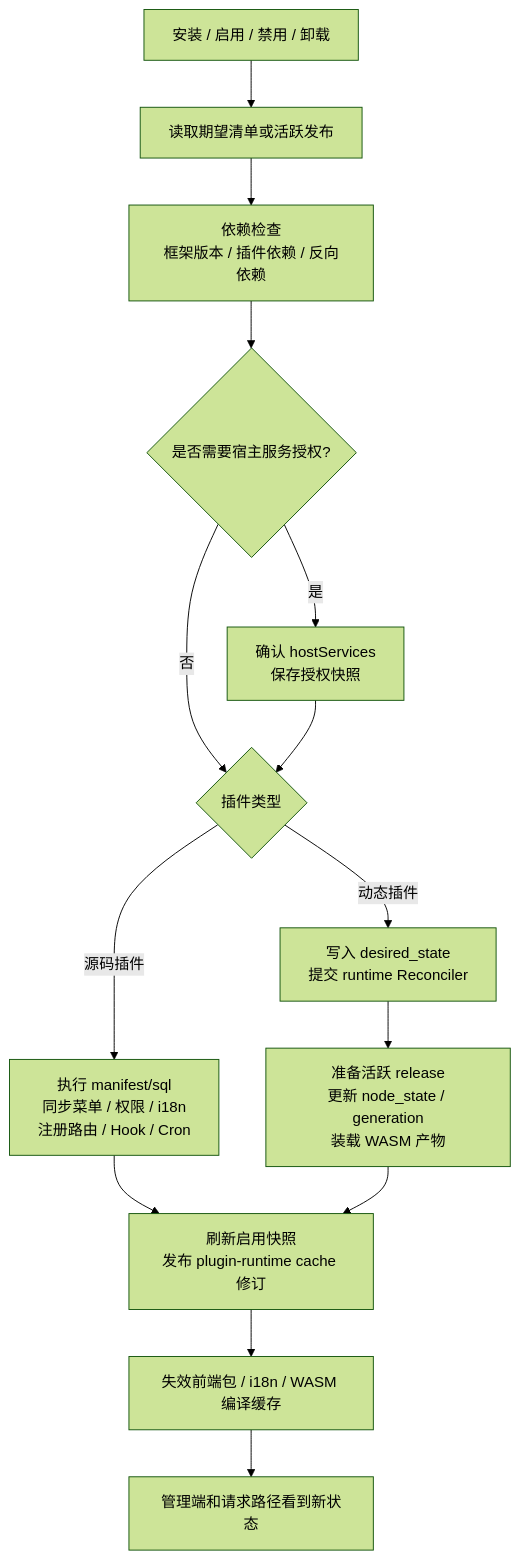
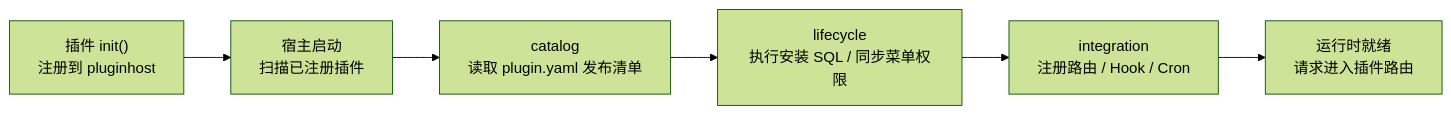
Before and after one commit to linaproai/linapro-site: the second of 5 diagrams in apps/lina-site/docs/docs/2000-architecture/4000-plugin-system.md, drawn with Mermaid (forest theme). The commit also changed other lines of this file and 6 other files, not shown here.

First line of the commit message:
docs(lina-site): rewrite architecture docs and sync EN translations

````diff
--- a/apps/lina-site/docs/docs/2000-architecture/4000-plugin-system.md
+++ b/apps/lina-site/docs/docs/2000-architecture/4000-plugin-system.md
@@ -232,18 +125,8 @@
 ```mermaid
-flowchart TD
-    A["安装 / 启用 / 禁用 / 卸载"] --> B["读取期望清单或活跃发布"]
-    B --> C["依赖检查<br/>框架版本 / 插件依赖 / 反向依赖"]
-    C --> D{"是否需要宿主服务授权?"}
-    D -->|"是"| E["确认 hostServices<br/>保存授权快照"]
-    D -->|"否"| F{"插件类型"}
-    E --> F
-
-    F -->|"源码插件"| G["执行 manifest/sql<br/>同步菜单 / 权限 / i18n<br/>注册路由 / Hook / Cron"]
-    F -->|"动态插件"| H["写入 desired_state<br/>提交 runtime Reconciler"]
-    H --> I["准备活跃 release<br/>更新 node_state / generation<br/>装载 WASM 产物"]
-
-    G --> J["刷新启用快照<br/>发布 plugin-runtime cache 修订"]
-    I --> J
-    J --> K["失效前端包 / i18n / WASM 编译缓存"]
-    K --> L["管理端和请求路径看到新状态"]
+flowchart LR
+    A["插件 init()<br/>注册到 pluginhost"] --> B["宿主启动<br/>扫描已注册插件"]
+    B --> C["catalog<br/>读取 plugin.yaml 发布清单"]
+    C --> D["lifecycle<br/>执行安装 SQL / 同步菜单权限"]
+    D --> E["integration<br/>注册路由 / Hook / Cron"]
+    E --> F["运行时就绪<br/>请求进入插件路由"]
 ```
````
